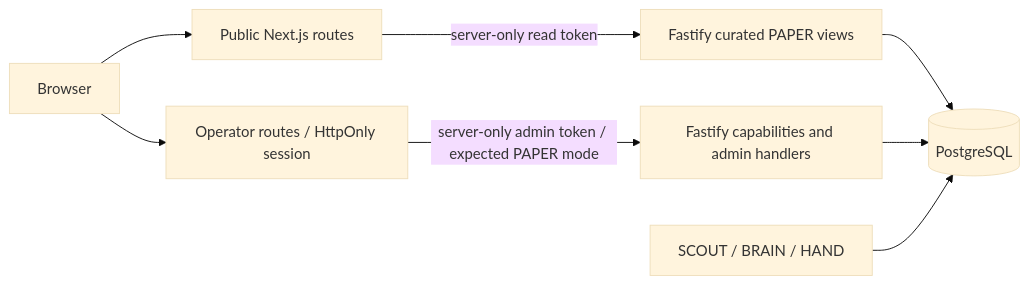
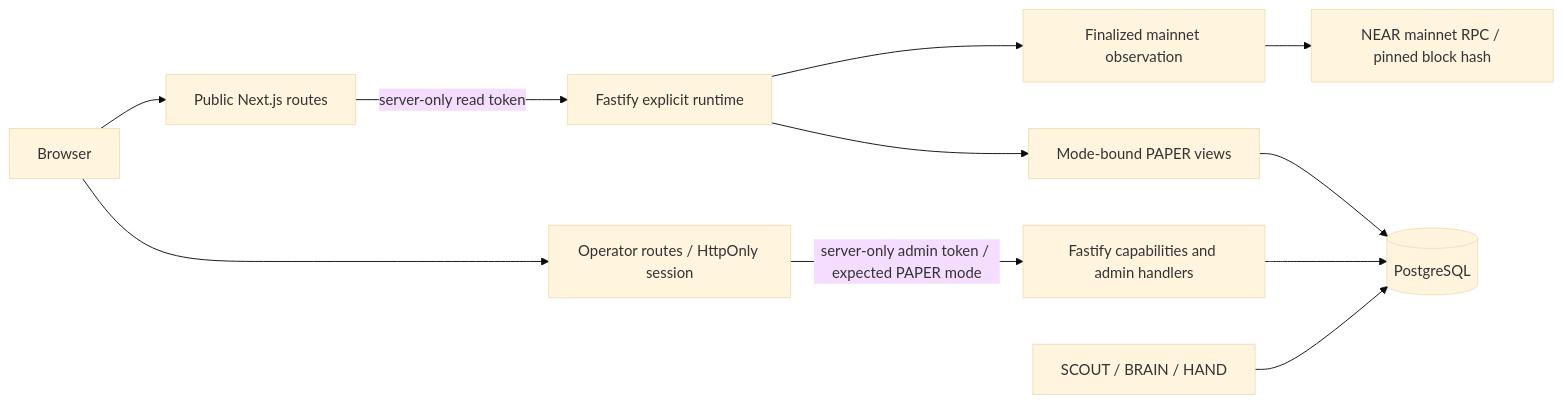
Before and after one commit to AviraL0013/SymbioChain: the diagram in docs/architecture.md, drawn with Mermaid (base theme). The commit also changed other lines of this file and 4 other files, not shown here.

````diff
--- a/docs/architecture.md
+++ b/docs/architecture.md
@@ -5,10 +5,13 @@
 ```mermaid
 flowchart LR
   Browser --> Public[Public Next.js routes]
   Browser --> Operator[Operator routes / HttpOnly session]
-  Public -->|server-only read token| Viewer[Fastify curated PAPER views]
+  Public -->|server-only read token| Runtime[Fastify explicit runtime]
+  Runtime --> Mainnet[Finalized mainnet observation]
+  Runtime --> Viewer[Mode-bound PAPER views]
   Operator -->|server-only admin token / expected PAPER mode| Actions[Fastify capabilities and admin handlers]
   Viewer --> Database[(PostgreSQL)]
+  Mainnet --> RPC[NEAR mainnet RPC / pinned block hash]
   Actions --> Database
   Workers[SCOUT / BRAIN / HAND] --> Database
 ```
````
